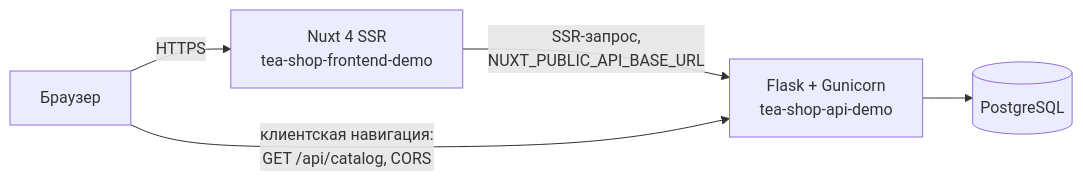
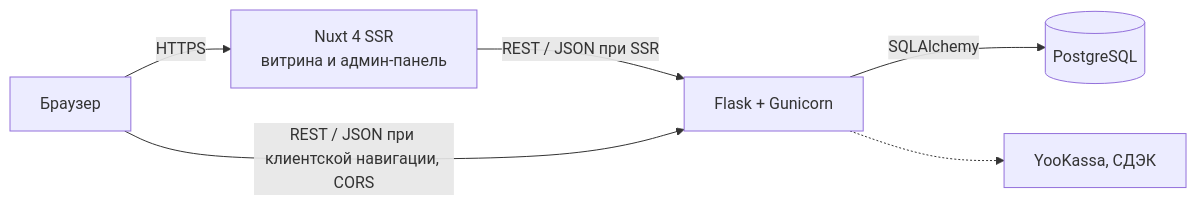
One commit to vfirsov/vfirsov-vr22-vkr changed the diagram in README.md. Above: the diagram before and after it, drawn with Mermaid. The commit also changed other lines of this file and 6 other files, not shown here.

````diff
--- a/README.md
+++ b/README.md
@@ -72,7 +59,8 @@
 ```mermaid
 flowchart LR
-  B[Браузер] -- HTTPS --> FE[Nuxt 4 SSR<br>tea-shop-frontend-demo]
-  FE -- "SSR-запрос,<br>NUXT_PUBLIC_API_BASE_URL" --> API[Flask + Gunicorn<br>tea-shop-api-demo]
-  B -- "клиентская навигация:<br>GET /api/catalog, CORS" --> API
-  API --> DB[(PostgreSQL)]
+  B[Браузер] -- HTTPS --> FE[Nuxt 4 SSR<br>витрина и админ-панель]
+  FE -- "REST / JSON при SSR" --> API[Flask + Gunicorn]
+  B -- "REST / JSON при клиентской навигации, CORS" --> API
+  API -- SQLAlchemy --> DB[(PostgreSQL)]
+  API -.-> EXT[YooKassa, СДЭК]
 ```
````
